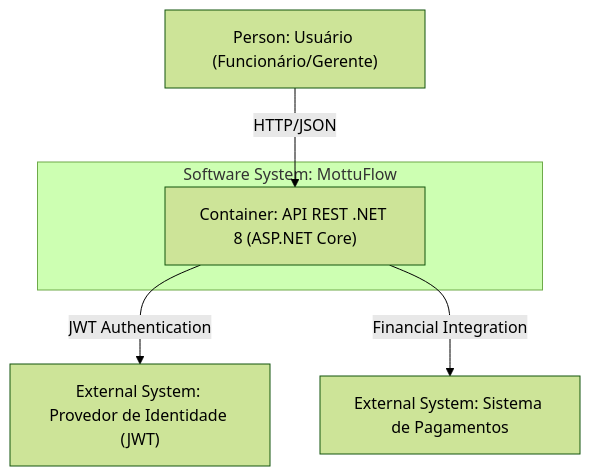
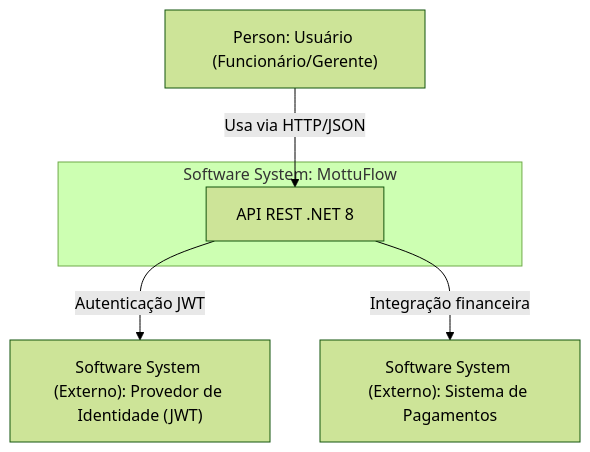
The first of 3 diagrams in README.md (leomotalima/MottuFlow-Sprint4), drawn with Mermaid (forest theme) before and after one commit. The commit also changed other lines of this file, not shown here.

Commit message:
Atualiza README com diagrama C4 completo e remove emojis

````diff
--- a/README.md
+++ b/README.md
@@ -42,20 +45,15 @@
 ```mermaid
+graph TB
+    user["Person: Usuário (Funcionário/Gerente)"]
 
-graph TB
-    %% Nós externos
-    user["Person: Usuário (Funcionário/Gerente)"]
-    extIdP["External System: Provedor de Identidade (JWT)"]
-    extPay["External System: Sistema de Pagamentos"]
+    extPay["Software System (Externo): Sistema de Pagamentos"]
+    extIdP["Software System (Externo): Provedor de Identidade (JWT)"]
 
-    %% Sistema principal (subgraph)
-    subgraph mottu["Software System: MottuFlow"]
-        api["Container: API REST .NET 8 (ASP.NET Core)"]
+    subgraph s1["Software System: MottuFlow"]
+        api["API REST .NET 8"]
     end
 
-    %% Relacionamentos
-    user -->|HTTP/JSON| api
-    api -->|JWT Authentication| extIdP
-    api -->|Financial Integration| extPay
-
-
+    user -->|Usa via HTTP/JSON| api
+    api -->|Autenticação JWT| extIdP
+    api -->|Integração financeira| extPay
 ```
````
